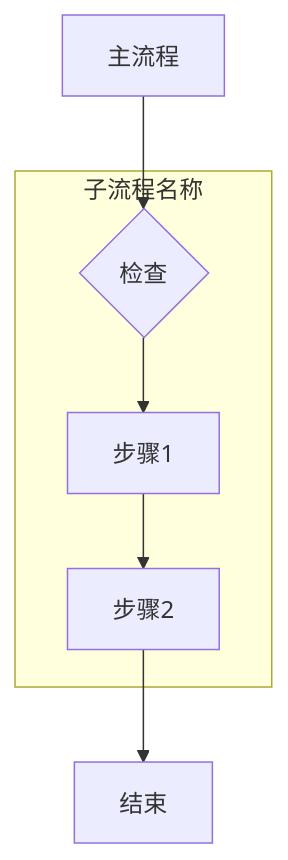
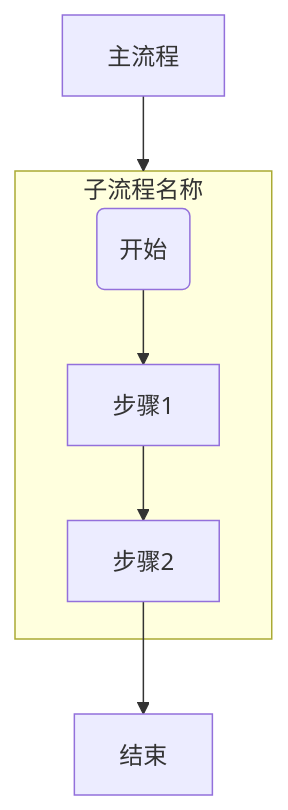
One commit to zeff163/stackedit-app-data changed the second of 3 diagrams in Daily work/2025/Month_04/07.md. Above: the diagram before and after it, drawn with Mermaid. The commit also changed other lines of this file, not shown here.

````diff
--- a/Daily work/2025/Month_04/07.md
+++ b/Daily work/2025/Month_04/07.md
@@ -64,9 +64,9 @@
 ```mermaid
 graph TB
-    A[主流程] --> B{检查}
+    A[主流程] --> 子流程{检查}
     subgraph 子流程 [子流程名称]
-        B --> C[步骤1]
+        B(开始) --> C[步骤1]
         C --> D[步骤2]
     end
     D --> E[结束]
 ```
````
